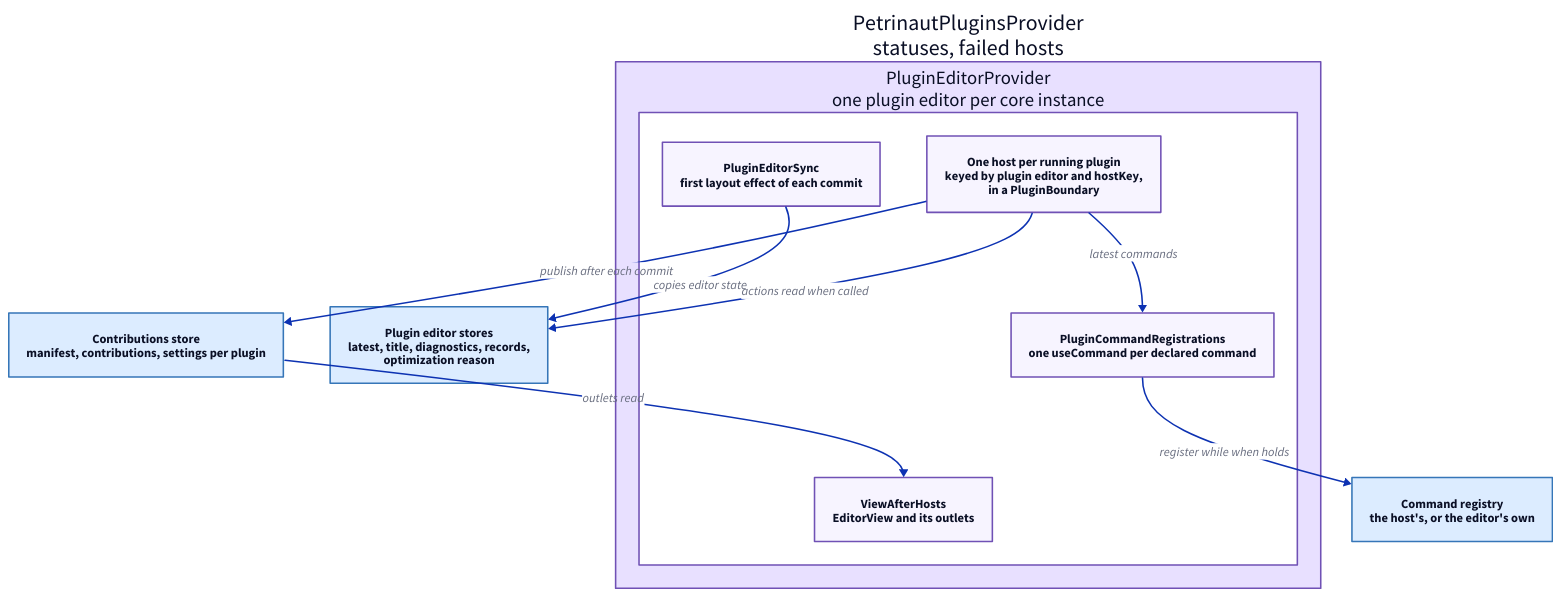
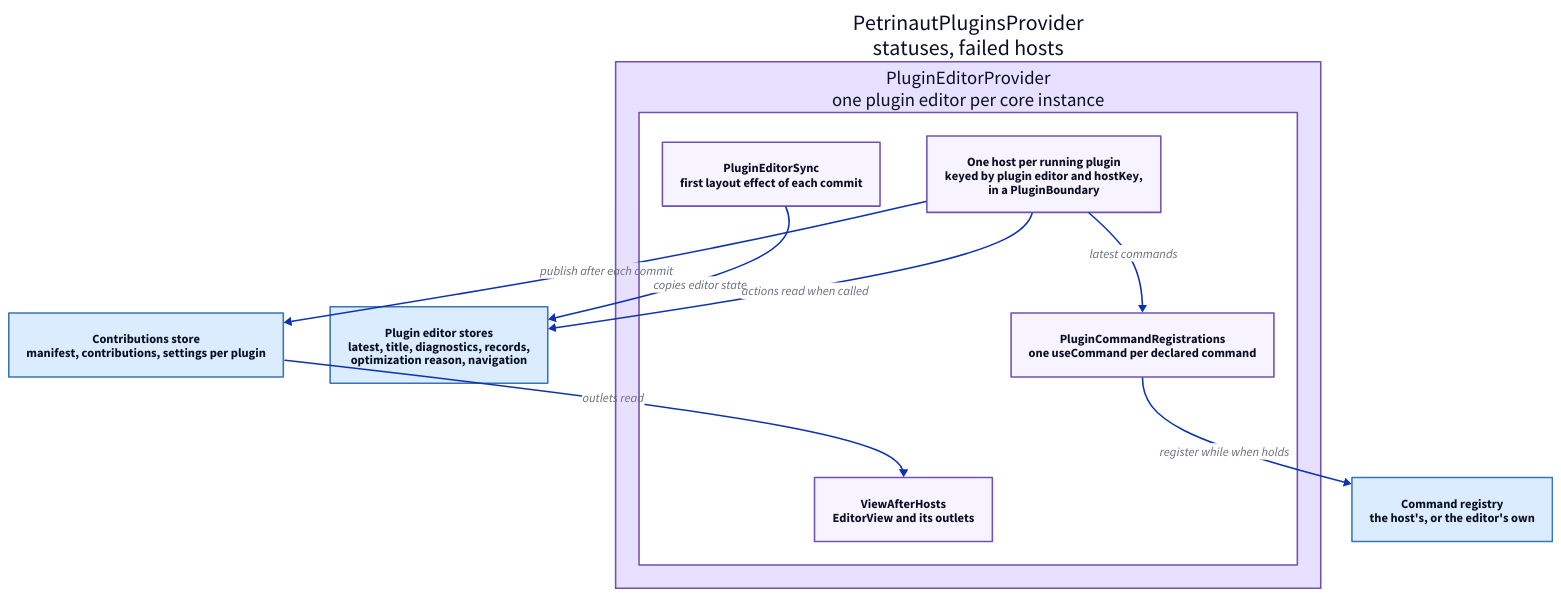
One commit to hashintel/hash changed the diagram in libs/@local/petrinaut-arch-docs/content/diagrams/plugin-runtime.d2. Above: the diagram before and after it, drawn with D2. The commit also changed 10 other files, not shown here.

```diff
--- a/libs/@local/petrinaut-arch-docs/content/diagrams/plugin-runtime.d2
+++ b/libs/@local/petrinaut-arch-docs/content/diagrams/plugin-runtime.d2
@@ -1,28 +1,28 @@
 # Hand-written; rendered by the arch-docs build. React components use the
 # purple palette, core stores the blue `core` one.
 direction: down
 
 provider: "PetrinautPluginsProvider\nstatuses, failed hosts" {
   style.fill: "#e8e0ff"
   style.stroke: "#7051b5"
 
   editor: "PluginEditorProvider\none plugin editor per core instance" {
     style.fill: "#ffffff"
     style.stroke: "#7051b5"
     sync: "PluginEditorSync\nfirst layout effect of each commit" {style.fill: "#f7f4ff"; style.stroke: "#7051b5"}
     hosts: "One host per running plugin\nkeyed by plugin editor and hostKey,\nin a PluginBoundary" {style.fill: "#f7f4ff"; style.stroke: "#7051b5"}
     commands: "PluginCommandRegistrations\none useCommand per declared command" {style.fill: "#f7f4ff"; style.stroke: "#7051b5"}
     view: "ViewAfterHosts\nEditorView and its outlets" {style.fill: "#f7f4ff"; style.stroke: "#7051b5"}
   }
 }
 
-stores: "Plugin editor stores\nlatest, title, diagnostics, records,\noptimization reason" {style.fill: "#dcecff"; style.stroke: "#3676b8"}
+stores: "Plugin editor stores\nlatest, title, diagnostics, records,\noptimization reason, navigation" {style.fill: "#dcecff"; style.stroke: "#3676b8"}
 contributions: "Contributions store\nmanifest, contributions, settings per plugin" {style.fill: "#dcecff"; style.stroke: "#3676b8"}
 registry: "Command registry\nthe host's, or the editor's own" {style.fill: "#dcecff"; style.stroke: "#3676b8"}
 
 provider.editor.sync -> stores: "copies editor state"
 provider.editor.hosts -> stores: "actions read when called"
 provider.editor.hosts -> contributions: "publish after each commit"
 contributions -> provider.editor.view: "outlets read"
 provider.editor.hosts -> provider.editor.commands: "latest commands"
 provider.editor.commands -> registry: "register while when holds"
```
